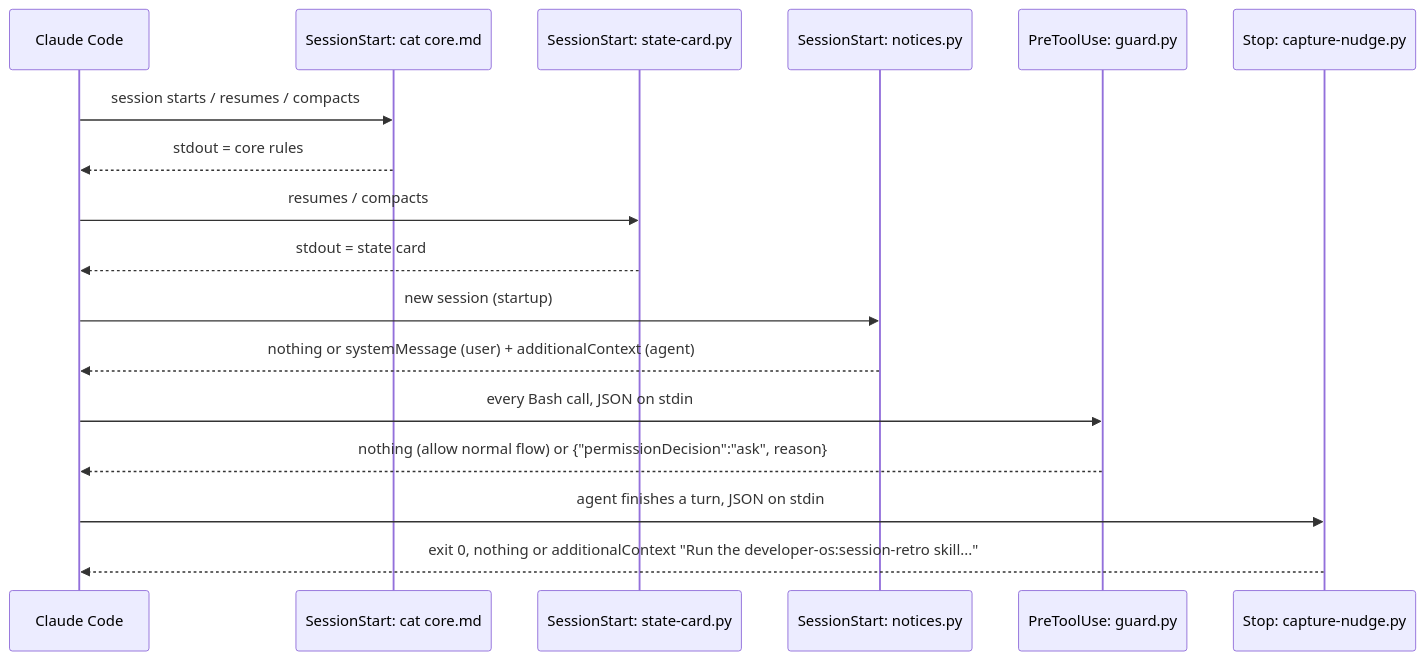
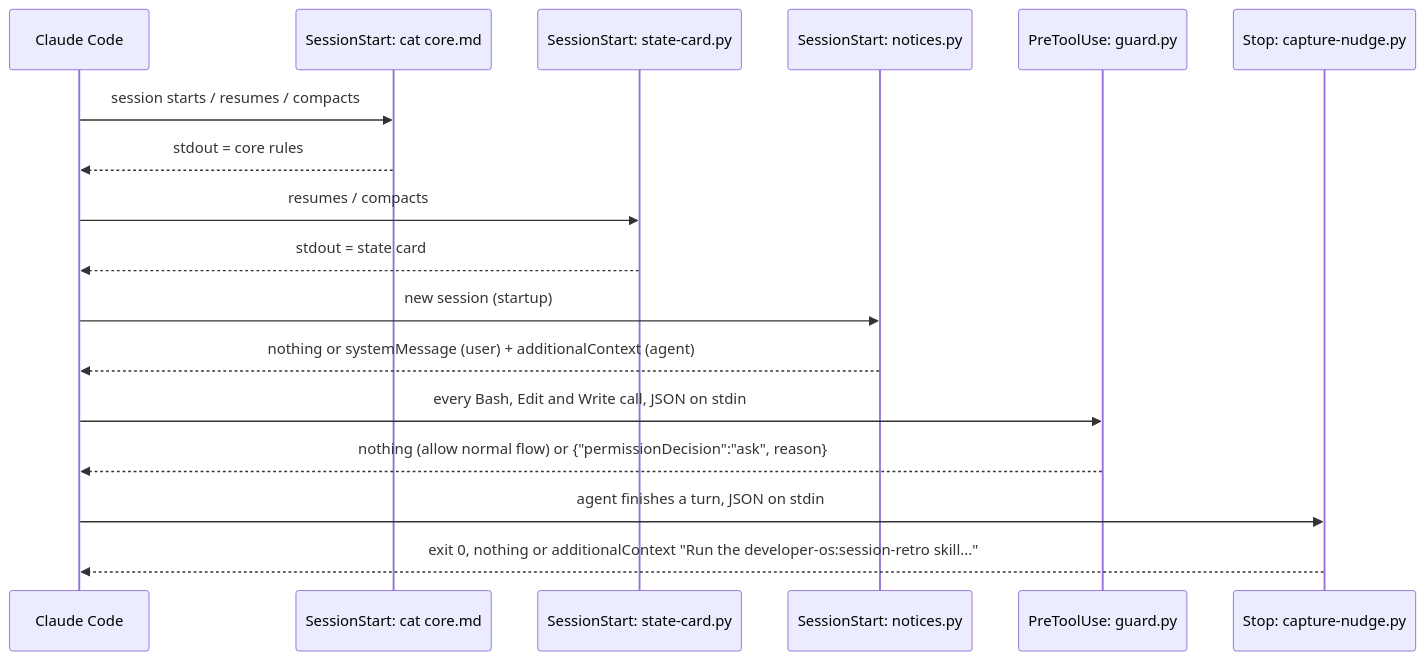
The first of 2 diagrams in docs/architecture/overview.md (msolecki/developer-os), drawn with Mermaid before and after one commit. The commit also changed other lines of this file and 14 other files, not shown here.

````diff
--- a/docs/architecture/overview.md
+++ b/docs/architecture/overview.md
@@ -60,19 +60,19 @@
 ```mermaid
 sequenceDiagram
   participant CC as Claude Code
   participant R as SessionStart: cat core.md
   participant SS as SessionStart: state-card.py
   participant NO as SessionStart: notices.py
   participant G as PreToolUse: guard.py
   participant N as Stop: capture-nudge.py
   CC->>R: session starts / resumes / compacts
   R-->>CC: stdout = core rules
   CC->>SS: resumes / compacts
   SS-->>CC: stdout = state card
   CC->>NO: new session (startup)
   NO-->>CC: nothing or systemMessage (user) + additionalContext (agent)
-  CC->>G: every Bash call, JSON on stdin
+  CC->>G: every Bash, Edit and Write call, JSON on stdin
   G-->>CC: nothing (allow normal flow) or {"permissionDecision":"ask", reason}
   CC->>N: agent finishes a turn, JSON on stdin
   N-->>CC: exit 0, nothing or additionalContext "Run the developer-os:session-retro skill..."
 ```
````
